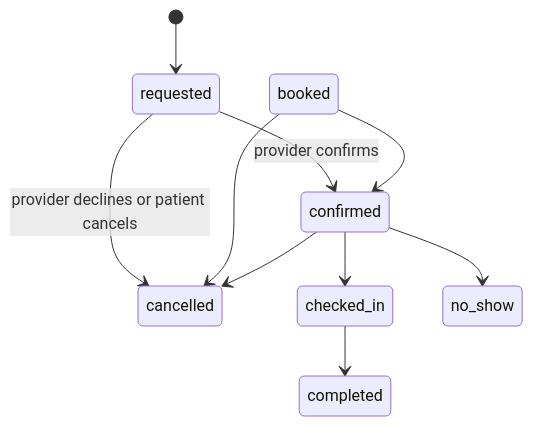
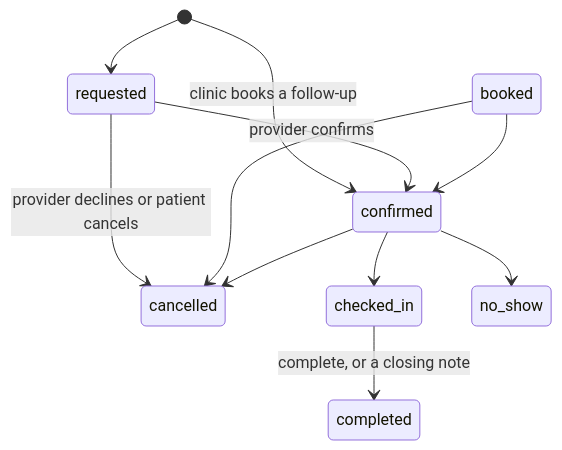
Before and after one commit to Ghosted34/CAREBRIDGE: the third of 3 diagrams in docs/data-model.md, drawn with Mermaid. The commit also changed other lines of this file and 110 other files, not shown here.

First line of the commit message:
feat: realign MVP flow to simplify patient booking process (#5)

````diff
--- a/docs/data-model.md
+++ b/docs/data-model.md
@@ -117,12 +104,13 @@
 ```mermaid
 stateDiagram-v2
   [*] --> requested
+  [*] --> confirmed: clinic books a follow-up
   requested --> confirmed: provider confirms
   requested --> cancelled: provider declines or patient cancels
   booked --> confirmed
   booked --> cancelled
   confirmed --> checked_in
   confirmed --> cancelled
   confirmed --> no_show
-  checked_in --> completed
+  checked_in --> completed: complete, or a closing note
 ```
````
